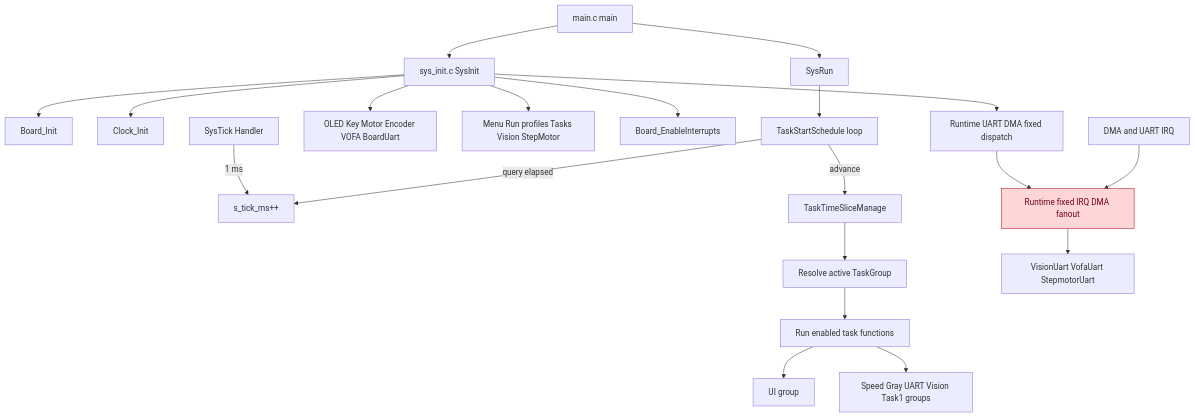
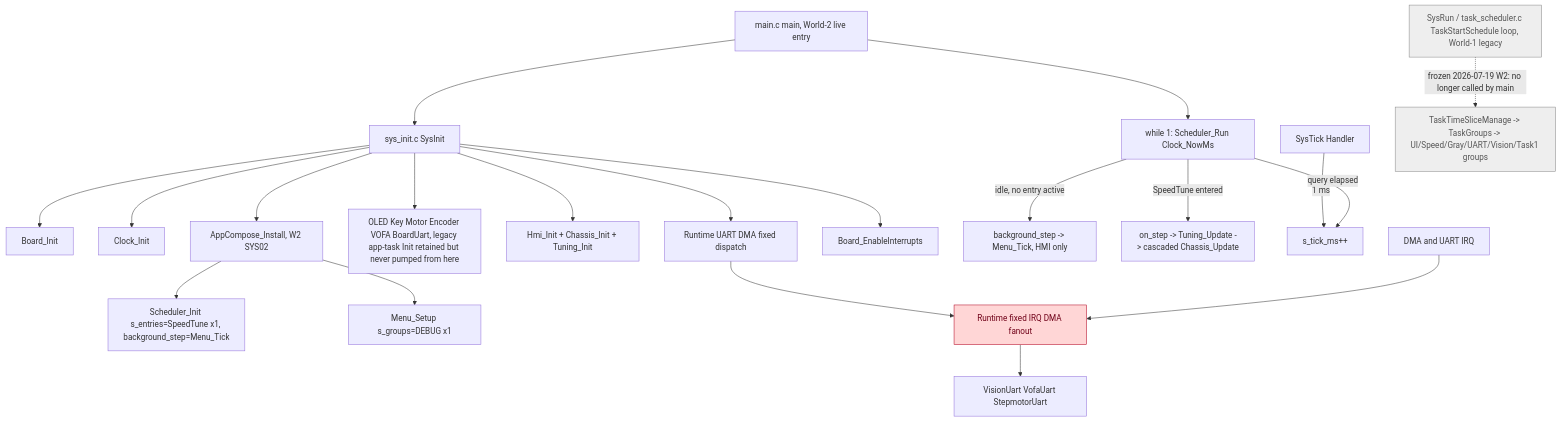
Before and after one commit to AigisYangyan/2026_NUEDC: the second of 2 diagrams in agent/topology/app.md, drawn with Mermaid. The commit also changed other lines of this file and 8 other files, not shown here.

First line of the commit message:
feat(system): World-2 装配点亮——main 切 Scheduler_Run + SpeedTune 运行条目（W2）

````diff
--- a/agent/topology/app.md
+++ b/agent/topology/app.md
@@ -570,27 +584,32 @@
 ```mermaid
 flowchart TD
-  Main[main.c main] --> SysInit[sys_init.c SysInit]
+  Main[main.c main, World-2 live entry] --> SysInit[sys_init.c SysInit]
   SysInit --> BoardInit[Board_Init]
   SysInit --> ClockInit[Clock_Init]
   SysInit --> RuntimeInit[Runtime UART DMA fixed dispatch]
-  SysInit --> DriverInit[OLED Key Motor Encoder VOFA BoardUart]
-  SysInit --> AppInit[Menu Run profiles Tasks Vision StepMotor]
+  SysInit --> DriverInit[OLED Key Motor Encoder VOFA BoardUart, legacy app-task Init retained but never pumped from here]
+  SysInit --> ServiceInit[Hmi_Init + Chassis_Init + Tuning_Init]
+  SysInit --> AppCompose[AppCompose_Install, W2 SYS02]
   SysInit --> BoardIRQ[Board_EnableInterrupts]
-  Main --> SysRun[SysRun]
-  SysRun --> SchedulerLoop[TaskStartSchedule loop]
+  AppCompose --> SchedulerInit[Scheduler_Init s_entries=SpeedTune x1, background_step=Menu_Tick]
+  AppCompose --> MenuSetupCall[Menu_Setup s_groups=DEBUG x1]
+  Main --> MainLoop[while 1: Scheduler_Run Clock_NowMs]
+  MainLoop -->|idle, no entry active| MenuTickPump[background_step -> Menu_Tick, HMI only]
+  MainLoop -->|SpeedTune entered| SpeedTuneStep[on_step -> Tuning_Update -> cascaded Chassis_Update]
 
   SysTick[SysTick Handler] -->|1 ms| TickMs[s_tick_ms++]
-  SchedulerLoop -->|query elapsed| TickMs
-  SchedulerLoop -->|advance| TimeSlice[TaskTimeSliceManage]
-  TimeSlice --> ActiveGroup[Resolve active TaskGroup]
-  ActiveGroup --> TaskFlags[Run enabled task functions]
-  TaskFlags --> UIGroup[UI group]
-  TaskFlags --> FeatureGroups[Speed Gray UART Vision Task1 groups]
+  MainLoop -->|query elapsed| TickMs
+
+  SysRunOld[SysRun / task_scheduler.c TaskStartSchedule loop, World-1 legacy]
+  TimeSliceOld[TaskTimeSliceManage -> TaskGroups -> UI/Speed/Gray/UART/Vision/Task1 groups]
+  SysRunOld -.->|frozen 2026-07-19 W2: no longer called by main| TimeSliceOld
 
   RuntimeInit --> FixedDispatch[Runtime fixed IRQ DMA fanout]
   DMAIRQ[DMA and UART IRQ] --> FixedDispatch
   FixedDispatch --> RoleDrivers[VisionUart VofaUart StepmotorUart]
 
   classDef violation fill:#ffd6d6,stroke:#b00020,color:#700018
   class FixedDispatch violation
+  classDef frozen fill:#eeeeee,stroke:#888888,color:#555555
+  class SysRunOld,TimeSliceOld frozen
 ```
````
